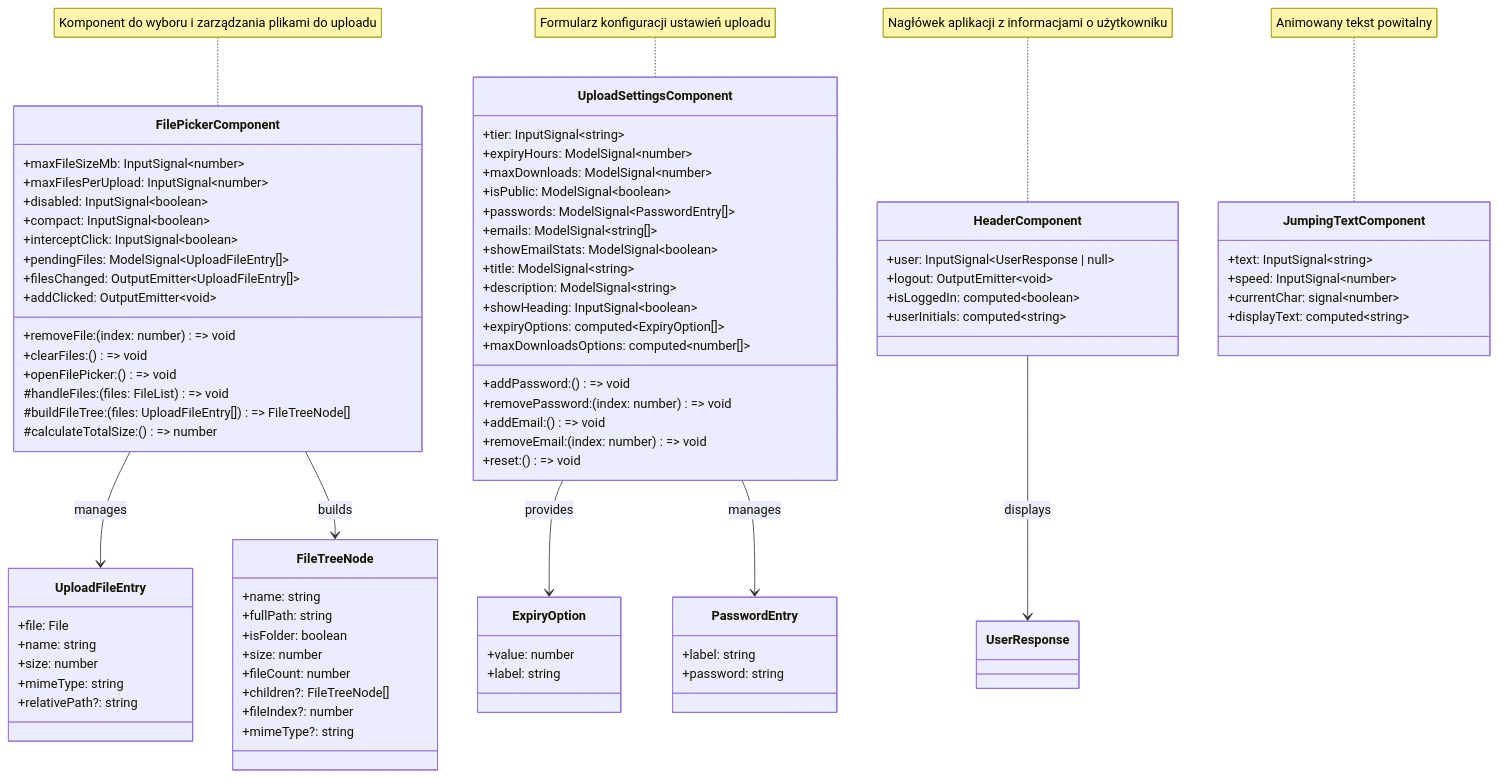
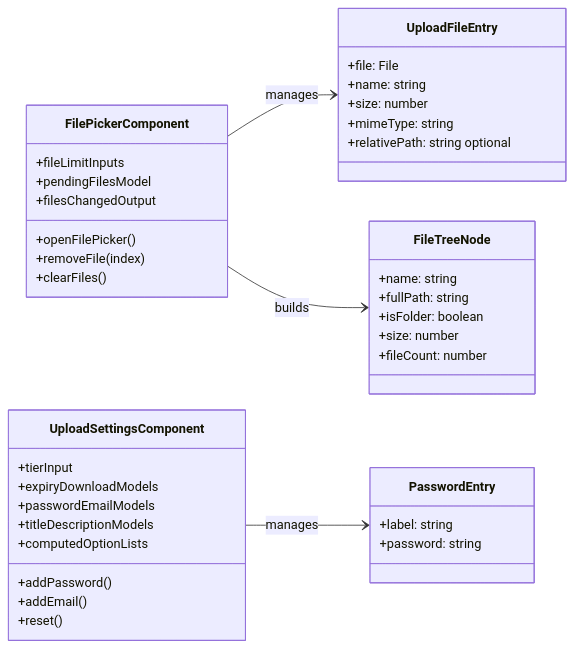
One commit to ThePhaseless/SendR changed the first of 2 diagrams in documentation/UMLClassDiagrams/frontend-components.md. Above: the diagram before and after it, drawn with Mermaid. The commit also changed other lines of this file and 12 other files, not shown here.

````diff
--- a/documentation/UMLClassDiagrams/frontend-components.md
+++ b/documentation/UMLClassDiagrams/frontend-components.md
@@ -3,12 +7,13 @@
 ```mermaid
 classDiagram
-    %% Component Interfaces
+    direction LR
+
     class UploadFileEntry {
       +file: File
       +name: string
       +size: number
       +mimeType: string
-      +relativePath?: string
+      +relativePath: string optional
     }
 
     class FileTreeNode {
@@ -17,14 +22,6 @@
       +isFolder: boolean
       +size: number
       +fileCount: number
-      +children?: FileTreeNode[]
-      +fileIndex?: number
-      +mimeType?: string
-    }
-
-    class ExpiryOption {
-      +value: number
-      +label: string
     }
 
     class PasswordEntry {
@@ -32,72 +29,27 @@
       +password: string
     }
 
-    %% File Picker Component
     class FilePickerComponent {
-      +maxFileSizeMb: InputSignal~number~
-      +maxFilesPerUpload: InputSignal~number~
-      +disabled: InputSignal~boolean~
-      +compact: InputSignal~boolean~
-      +interceptClick: InputSignal~boolean~
-      +pendingFiles: ModelSignal~UploadFileEntry[]~
-      +filesChanged: OutputEmitter~UploadFileEntry[]~
-      +addClicked: OutputEmitter~void~
-      +removeFile: (index: number) => void
-      +clearFiles: () => void
-      +openFilePicker: () => void
-      #handleFiles: (files: FileList) => void
-      #buildFileTree: (files: UploadFileEntry[]) => FileTreeNode[]
-      #calculateTotalSize: () => number
+      +fileLimitInputs
+      +pendingFilesModel
+      +filesChangedOutput
+      +openFilePicker()
+      +removeFile(index)
+      +clearFiles()
     }
 
-    %% Upload Settings Component
     class UploadSettingsComponent {
-      +tier: InputSignal~string~
-      +expiryHours: ModelSignal~number~
-      +maxDownloads: ModelSignal~number~
-      +isPublic: ModelSignal~boolean~
-      +passwords: ModelSignal~PasswordEntry[]~
-      +emails: ModelSignal~string[]~
-      +showEmailStats: ModelSignal~boolean~
-      +title: ModelSignal~string~
-      +description: ModelSignal~string~
-      +showHeading: InputSignal~boolean~
-      +expiryOptions: computed~ExpiryOption[]~
-      +maxDownloadsOptions: computed~number[]~
-      +addPassword: () => void
-      +removePassword: (index: number) => void
-      +addEmail: () => void
-      +removeEmail: (index: number) => void
-      +reset: () => void
+      +tierInput
+      +expiryDownloadModels
+      +passwordEmailModels
+      +titleDescriptionModels
+      +computedOptionLists
+      +addPassword()
+      +addEmail()
+      +reset()
     }
 
-    %% Header Component
-    class HeaderComponent {
-      +user: InputSignal~UserResponse | null~
-      +logout: OutputEmitter~void~
-      +isLoggedIn: computed~boolean~
-      +userInitials: computed~string~
-    }
-
-    %% Jumping Text Component
-    class JumpingTextComponent {
-      +text: InputSignal~string~
-      +speed: InputSignal~number~
-      +currentChar: signal~number~
-      +displayText: computed~string~
-    }
-
-    %% Relationships
     FilePickerComponent --> UploadFileEntry : manages
     FilePickerComponent --> FileTreeNode : builds
-
-    UploadSettingsComponent --> ExpiryOption : provides
     UploadSettingsComponent --> PasswordEntry : manages
-
-    HeaderComponent --> UserResponse : displays
-
-    note for FilePickerComponent "Komponent do wyboru i zarządzania plikami do uploadu"
-    note for UploadSettingsComponent "Formularz konfiguracji ustawień uploadu"
-    note for HeaderComponent "Nagłówek aplikacji z informacjami o użytkowniku"
-    note for JumpingTextComponent "Animowany tekst powitalny"
 ```
````
